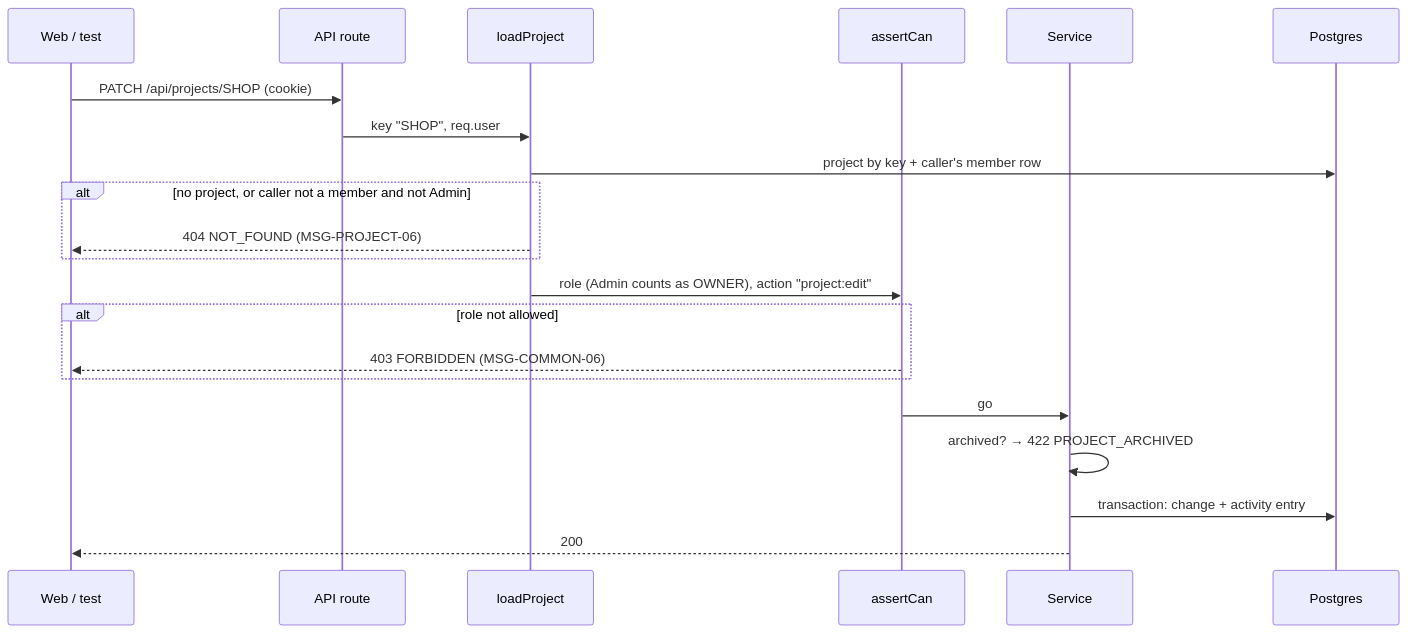
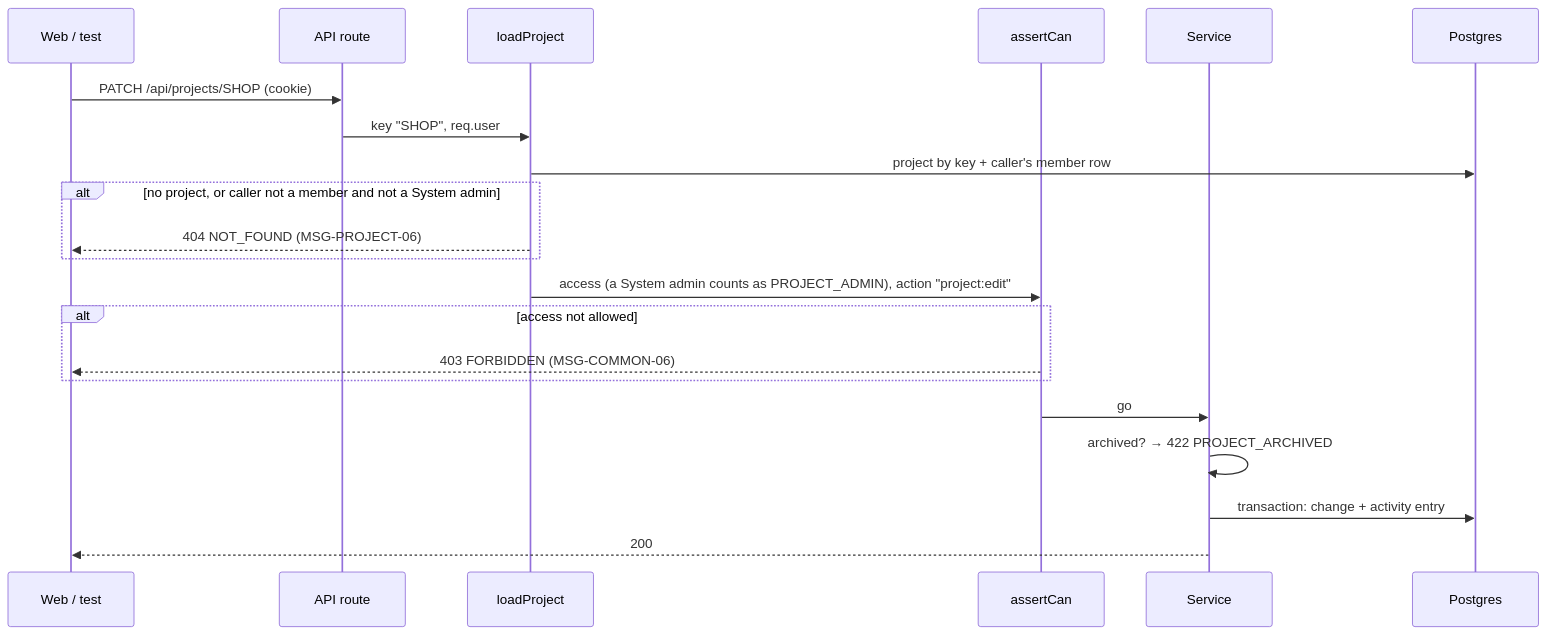
Before and after one commit to RITA-CHANN/qa-work-management: the diagram in docs/design/detail/logic/DD-PROJECT-01-permissions.md, drawn with Mermaid. The commit also changed other lines of this file and 59 other files, not shown here.

First line of the commit message:
docs: role model v2 (Project admin / Member + job title), ADR-0011

````diff
--- a/docs/design/detail/logic/DD-PROJECT-01-permissions.md
+++ b/docs/design/detail/logic/DD-PROJECT-01-permissions.md
@@ -50,23 +54,23 @@
 ```mermaid
 sequenceDiagram
     participant W as Web / test
     participant A as API route
     participant L as loadProject
     participant P as assertCan
     participant S as Service
     participant DB as Postgres
     W->>A: PATCH /api/projects/SHOP (cookie)
     A->>L: key "SHOP", req.user
     L->>DB: project by key + caller's member row
-    alt no project, or caller not a member and not Admin
+    alt no project, or caller not a member and not a System admin
         L-->>W: 404 NOT_FOUND (MSG-PROJECT-06)
     end
-    L->>P: role (Admin counts as OWNER), action "project:edit"
-    alt role not allowed
+    L->>P: access (a System admin counts as PROJECT_ADMIN), action "project:edit"
+    alt access not allowed
         P-->>W: 403 FORBIDDEN (MSG-COMMON-06)
     end
     P->>S: go
     S->>S: archived? → 422 PROJECT_ARCHIVED
     S->>DB: transaction: change + activity entry
     S-->>W: 200
 ```
````
